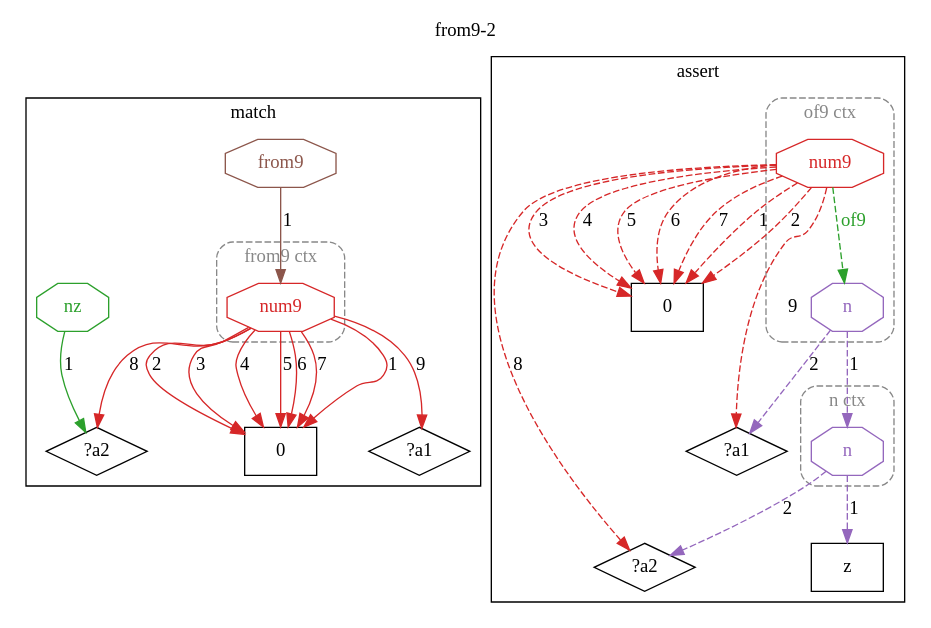
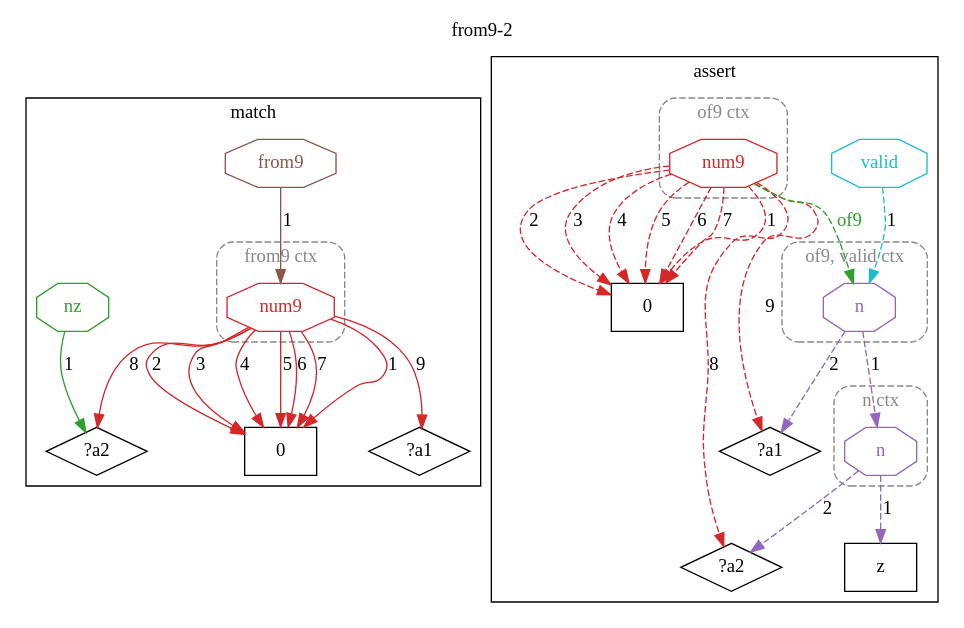
Before and after one commit to agutikov/ein: the diagram in docs/ein/user/04-reference/04-stdlib/diagrams/17-std.math.num9.from9-2.dot, drawn with Graphviz. The commit also changed 250 other files, not shown here.

```diff
--- a/docs/ein/user/04-reference/04-stdlib/diagrams/17-std.math.num9.from9-2.dot
+++ b/docs/ein/user/04-reference/04-stdlib/diagrams/17-std.math.num9.from9-2.dot
@@ -1,55 +1,60 @@
 digraph rule_from9_2_lhs_rhs {
   rankdir=TB;
   label="from9-2"; labelloc=t;
   subgraph cluster_lhs { label="match";
     "0_L" [label="0", shape=rectangle];
     "?a2_L" [label="?a2", shape=diamond];
     "?a1_L" [label="?a1", shape=diamond];
     subgraph cluster_ctx_L_0 {
       label="from9 ctx"; style="dashed,rounded"; color="#888888"; fontcolor="#888888";
       "(num9 0 0 0 0 0 0 0 ?a2 ?a1)_L" [shape=octagon, label="num9", color="#d62728", fontcolor="#d62728"];
     }
     "h1_from9_L" [shape=octagon, label="from9", color="#8c564b", fontcolor="#8c564b"];
     "h1_from9_L" -> "(num9 0 0 0 0 0 0 0 ?a2 ?a1)_L" [label="1", color="#8c564b"];
     "h2_nz_L" [shape=octagon, label="nz", color="#2ca02c", fontcolor="#2ca02c"];
     "h2_nz_L" -> "?a2_L" [label="1", color="#2ca02c"];
     "(num9 0 0 0 0 0 0 0 ?a2 ?a1)_L" -> "0_L" [label="1", color="#d62728"];
     "(num9 0 0 0 0 0 0 0 ?a2 ?a1)_L" -> "0_L" [label="2", color="#d62728"];
     "(num9 0 0 0 0 0 0 0 ?a2 ?a1)_L" -> "0_L" [label="3", color="#d62728"];
     "(num9 0 0 0 0 0 0 0 ?a2 ?a1)_L" -> "0_L" [label="4", color="#d62728"];
     "(num9 0 0 0 0 0 0 0 ?a2 ?a1)_L" -> "0_L" [label="5", color="#d62728"];
     "(num9 0 0 0 0 0 0 0 ?a2 ?a1)_L" -> "0_L" [label="6", color="#d62728"];
     "(num9 0 0 0 0 0 0 0 ?a2 ?a1)_L" -> "0_L" [label="7", color="#d62728"];
     "(num9 0 0 0 0 0 0 0 ?a2 ?a1)_L" -> "?a2_L" [label="8", color="#d62728"];
     "(num9 0 0 0 0 0 0 0 ?a2 ?a1)_L" -> "?a1_L" [label="9", color="#d62728"];
   }
   subgraph cluster_rhs { label="assert";
     "0_R" [label="0", shape=rectangle];
     "?a2_R" [label="?a2", shape=diamond];
     "?a1_R" [label="?a1", shape=diamond];
     "z_R" [label="z", shape=rectangle];
     subgraph cluster_ctx_R_0 {
       label="n ctx"; style="dashed,rounded"; color="#888888"; fontcolor="#888888";
       "(n z ?a2)_R" [shape=octagon, label="n", color="#9467bd", fontcolor="#9467bd"];
     }
     subgraph cluster_ctx_R_1 {
       label="of9 ctx"; style="dashed,rounded"; color="#888888"; fontcolor="#888888";
       "(num9 0 0 0 0 0 0 0 ?a2 ?a1)_R" [shape=octagon, label="num9", color="#d62728", fontcolor="#d62728"];
+    }
+    subgraph cluster_ctx_R_2 {
+      label="of9, valid ctx"; style="dashed,rounded"; color="#888888"; fontcolor="#888888";
       "(n (n z ?a2) ?a1)_R" [shape=octagon, label="n", color="#9467bd", fontcolor="#9467bd"];
     }
     "(num9 0 0 0 0 0 0 0 ?a2 ?a1)_R" -> "(n (n z ?a2) ?a1)_R" [label="of9", color="#2ca02c", fontcolor="#2ca02c", style=dashed];
+    "h3_valid_R" [shape=octagon, label="valid", color="#17becf", fontcolor="#17becf"];
+    "h3_valid_R" -> "(n (n z ?a2) ?a1)_R" [label="1", color="#17becf", style=dashed];
     "(num9 0 0 0 0 0 0 0 ?a2 ?a1)_R" -> "0_R" [label="1", color="#d62728", style=dashed];
     "(num9 0 0 0 0 0 0 0 ?a2 ?a1)_R" -> "0_R" [label="2", color="#d62728", style=dashed];
     "(num9 0 0 0 0 0 0 0 ?a2 ?a1)_R" -> "0_R" [label="3", color="#d62728", style=dashed];
     "(num9 0 0 0 0 0 0 0 ?a2 ?a1)_R" -> "0_R" [label="4", color="#d62728", style=dashed];
     "(num9 0 0 0 0 0 0 0 ?a2 ?a1)_R" -> "0_R" [label="5", color="#d62728", style=dashed];
     "(num9 0 0 0 0 0 0 0 ?a2 ?a1)_R" -> "0_R" [label="6", color="#d62728", style=dashed];
     "(num9 0 0 0 0 0 0 0 ?a2 ?a1)_R" -> "0_R" [label="7", color="#d62728", style=dashed];
     "(num9 0 0 0 0 0 0 0 ?a2 ?a1)_R" -> "?a2_R" [label="8", color="#d62728", style=dashed];
     "(num9 0 0 0 0 0 0 0 ?a2 ?a1)_R" -> "?a1_R" [label="9", color="#d62728", style=dashed];
     "(n (n z ?a2) ?a1)_R" -> "(n z ?a2)_R" [label="1", color="#9467bd", style=dashed];
     "(n (n z ?a2) ?a1)_R" -> "?a1_R" [label="2", color="#9467bd", style=dashed];
     "(n z ?a2)_R" -> "z_R" [label="1", color="#9467bd", style=dashed];
     "(n z ?a2)_R" -> "?a2_R" [label="2", color="#9467bd", style=dashed];
   }
 }
```
